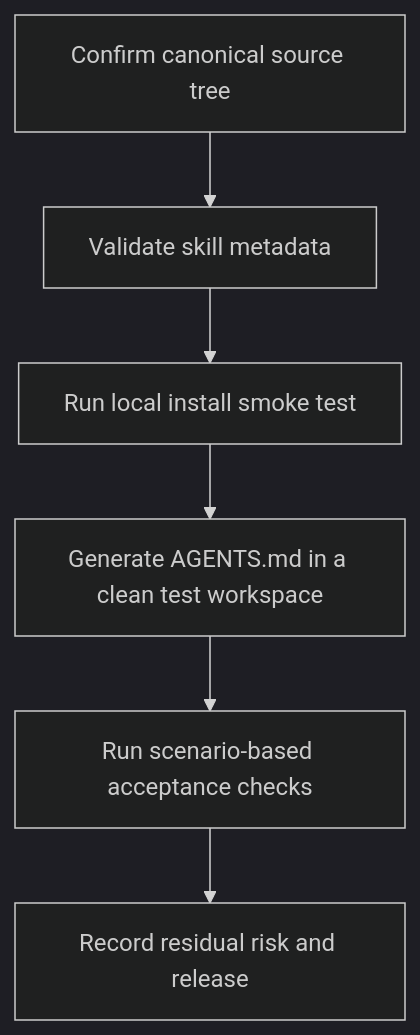
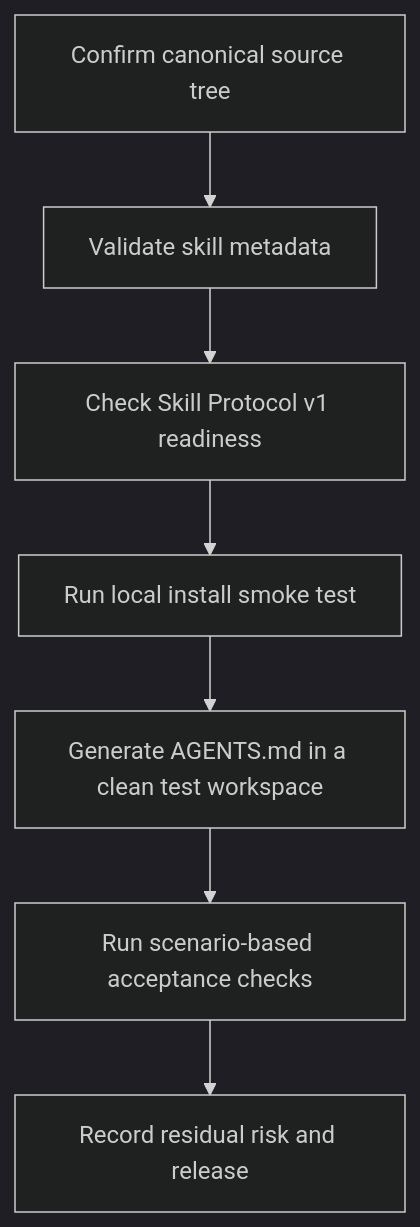
The diagram in docs/user/OPENSKILLS-RELEASE-CHECKLIST.md (nickdu2009/agent-skills), drawn with Mermaid (dark theme) before and after one commit. The commit also changed other lines of this file and 43 other files, not shown here.

First line of the commit message:
feat: Skill Protocol v1, ZAI trigger testing, and docs

````diff
--- a/docs/user/OPENSKILLS-RELEASE-CHECKLIST.md
+++ b/docs/user/OPENSKILLS-RELEASE-CHECKLIST.md
@@ -7,8 +7,9 @@
 ```mermaid
 flowchart TD
     A[Confirm canonical source tree] --> B[Validate skill metadata]
-    B --> C[Run local install smoke test]
-    C --> D[Generate AGENTS.md in a clean test workspace]
-    D --> E[Run scenario-based acceptance checks]
-    E --> F[Record residual risk and release]
+    B --> C[Check Skill Protocol v1 readiness]
+    C --> D[Run local install smoke test]
+    D --> E[Generate AGENTS.md in a clean test workspace]
+    E --> F[Run scenario-based acceptance checks]
+    F --> G[Record residual risk and release]
 ```
````
